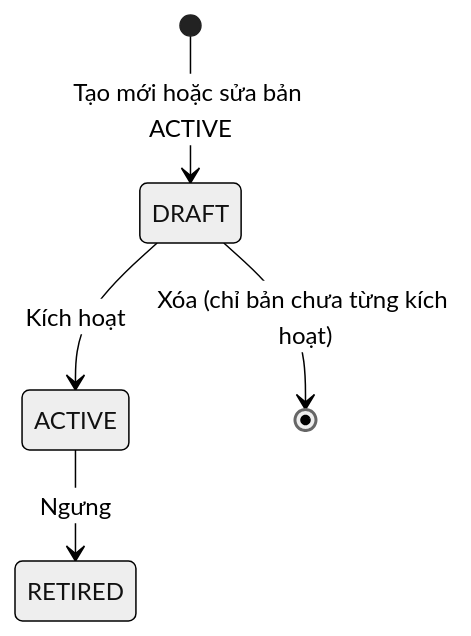
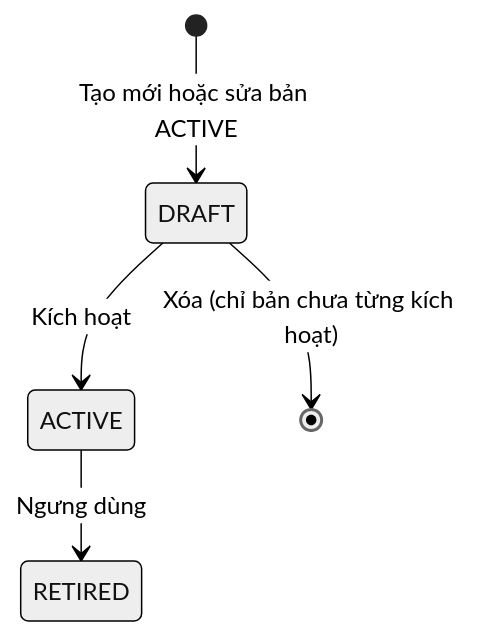
One commit to hygef-v4/AI-Powered-Learning-Platform changed the first of 2 diagrams in aidlc-docs/construction/u06-rubric-question-bank/functional-design/domain-entities.md. Above: the diagram before and after it, drawn with Mermaid (neutral theme). The commit also changed other lines of this file and 185 other files, not shown here.

````diff
--- a/aidlc-docs/construction/u06-rubric-question-bank/functional-design/domain-entities.md
+++ b/aidlc-docs/construction/u06-rubric-question-bank/functional-design/domain-entities.md
@@ -38,7 +41,7 @@
 ```mermaid
 stateDiagram-v2
     [*] --> DRAFT: Tạo mới hoặc sửa bản ACTIVE
     DRAFT --> ACTIVE: Kích hoạt
     DRAFT --> [*]: Xóa (chỉ bản chưa từng kích hoạt)
-    ACTIVE --> RETIRED: Ngưng
+    ACTIVE --> RETIRED: Ngưng dùng
 ```
````
